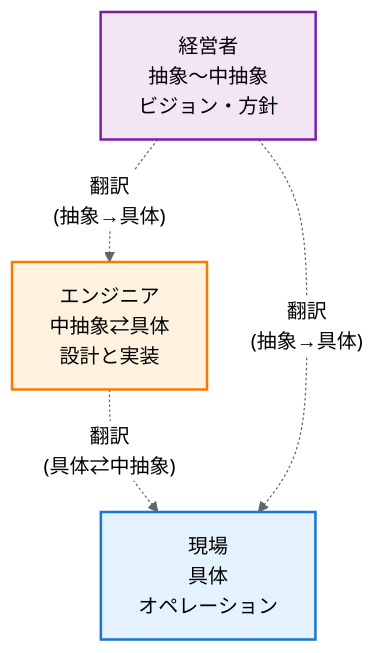
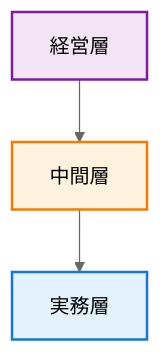
One commit to Ryota-Onuma/me changed the second of 2 diagrams in bag/blog/content/posts/concrete-abstract-thinking.md. Above: the diagram before and after it, drawn with Mermaid (neutral theme). The commit also changed other lines of this file, not shown here.

````diff
--- a/bag/blog/content/posts/concrete-abstract-thinking.md
+++ b/bag/blog/content/posts/concrete-abstract-thinking.md
@@ -115,14 +121,9 @@
 ```mermaid
 graph TD
-    A["経営者<br/>抽象〜中抽象<br/>ビジョン・方針"] 
-    B["エンジニア<br/>中抽象⇄具体<br/>設計と実装"]
-    C["現場<br/>具体<br/>オペレーション"]
-    
-    A -."翻訳<br/>(抽象→具体)".-> B
-    B -."翻訳<br/>(具体⇄中抽象)".-> C
-    A -."翻訳<br/>(抽象→具体)".-> C
+    A["経営層"] --> B["中間層"]
+    B --> C["実務層"]
     
     style A fill:#f3e5f5,stroke:#7b1fa2,stroke-width:2px
     style B fill:#fff3e0,stroke:#f57c00,stroke-width:2px
     style C fill:#e3f2fd,stroke:#1976d2,stroke-width:2px
 ```
````
